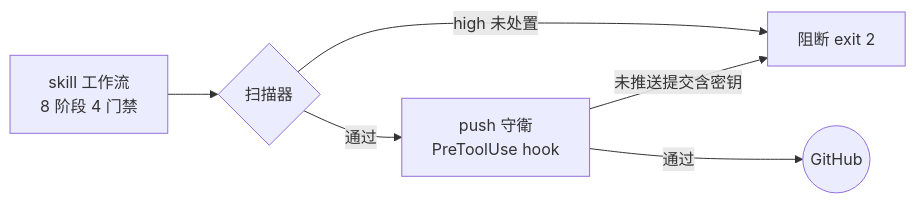
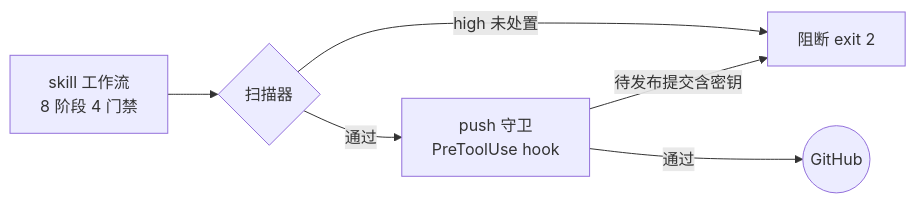
The diagram in README.md (XIAOXINYIHUA/safe-github-publish-v2), drawn with Mermaid before and after one commit. The commit also changed other lines of this file and 4 other files, not shown here.

````diff
--- a/README.md
+++ b/README.md
@@ -23,8 +23,8 @@
 ```mermaid
 flowchart LR
     A[skill 工作流<br>8 阶段 4 门禁] --> R{扫描器}
     R -- "high 未处置" --> X[阻断 exit 2]
-    R -- 通过 --> G[push 守衛<br>PreToolUse hook]
-    G -- "未推送提交含密钥" --> X
+    R -- 通过 --> G[push 守卫<br>PreToolUse hook]
+    G -- "待发布提交含密钥" --> X
     G -- 通过 --> P((GitHub))
 ```
````
